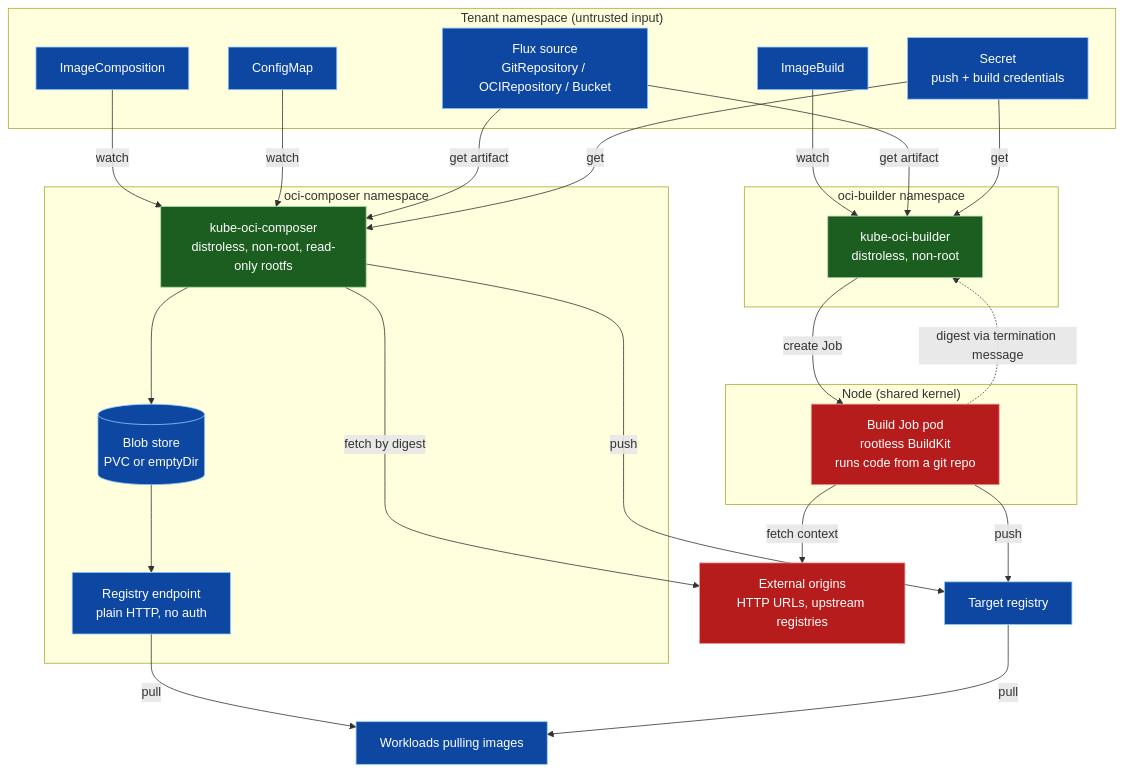
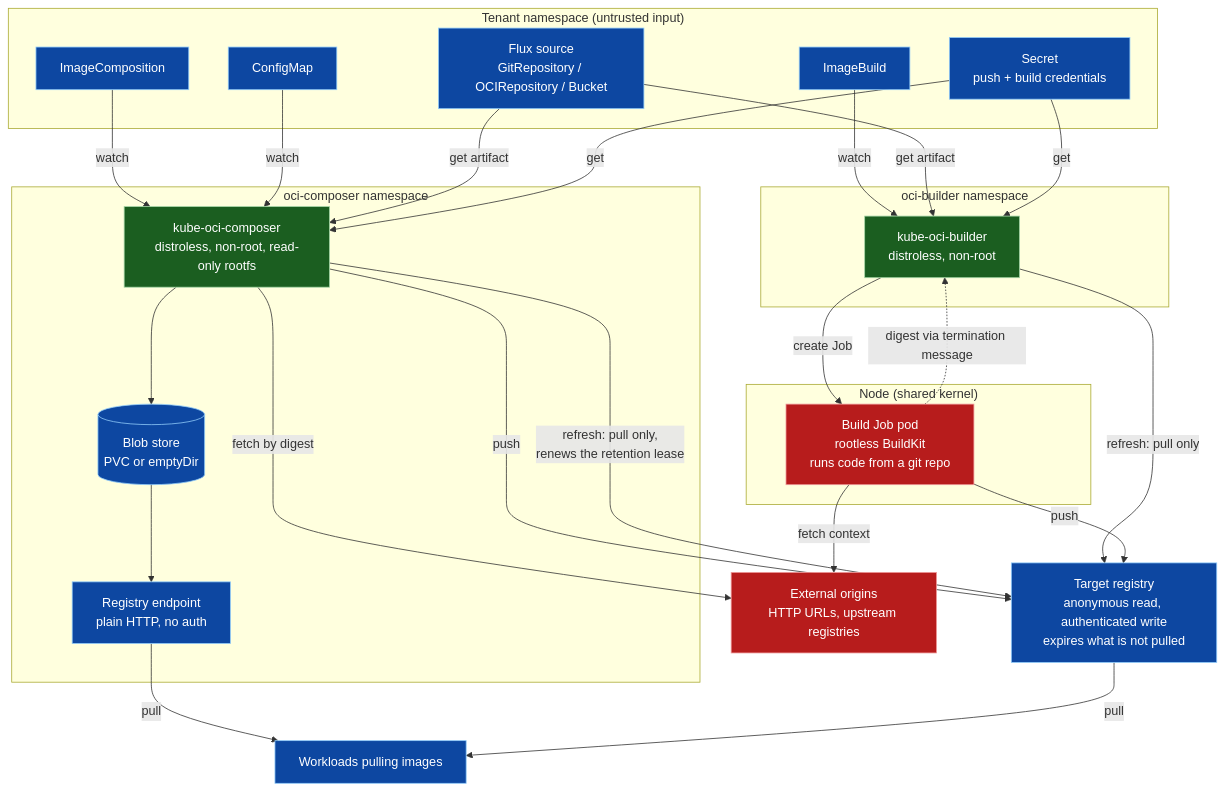
The first of 3 diagrams in docs/threat-model.md (lhns/kube-oci-composer), drawn with Mermaid before and after one commit. The commit also changed other lines of this file and 33 other files, not shown here.

First line of the commit message:
feat: registry-backed retention, and the guarantee that live images are never reclaimed (#40)

````diff
--- a/docs/threat-model.md
+++ b/docs/threat-model.md
@@ -17,54 +17,56 @@
 ```mermaid
 graph TB
     subgraph tenant["Tenant namespace (untrusted input)"]
         IC["ImageComposition"]
         DB["ImageBuild"]
         CM["ConfigMap"]
         SEC["Secret<br/>push + build credentials"]
         SRC["Flux source<br/>GitRepository / OCIRepository / Bucket"]
     end
 
     subgraph composerNS["oci-composer namespace"]
         COMP["kube-oci-composer<br/>distroless, non-root, read-only rootfs"]
         STORE[("Blob store<br/>PVC or emptyDir")]
         SERVE["Registry endpoint<br/>plain HTTP, no auth"]
     end
 
     subgraph builderNS["oci-builder namespace"]
         BUILD["kube-oci-builder<br/>distroless, non-root"]
     end
 
     subgraph node["Node (shared kernel)"]
         JOB["Build Job pod<br/>rootless BuildKit<br/>runs code from a git repo"]
     end
 
     EXT["External origins<br/>HTTP URLs, upstream registries"]
-    REG["Target registry"]
+    REG["Target registry<br/>anonymous read, authenticated write<br/>expires what is not pulled"]
     CONSUMER["Workloads pulling images"]
 
     IC -->|watch| COMP
     CM -->|watch| COMP
     SRC -->|get artifact| COMP
     SEC -->|get| COMP
     COMP -->|fetch by digest| EXT
     COMP --> STORE
     STORE --> SERVE
     COMP -->|push| REG
+    COMP -->|"refresh: pull only,<br/>renews the retention lease"| REG
     SERVE -->|pull| CONSUMER
     REG -->|pull| CONSUMER
 
     DB -->|watch| BUILD
     SRC -->|get artifact| BUILD
     SEC -->|get| BUILD
+    BUILD -->|"refresh: pull only"| REG
     BUILD -->|create Job| JOB
     JOB -->|fetch context| EXT
     JOB -->|push| REG
     JOB -.->|digest via termination message| BUILD
 
     classDef trusted fill:#1b5e20,stroke:#a5d6a7,color:#ffffff
     classDef hostile fill:#b71c1c,stroke:#ef9a9a,color:#ffffff
     classDef neutral fill:#0d47a1,stroke:#90caf9,color:#ffffff
     class COMP,BUILD trusted
     class JOB,EXT hostile
     class IC,DB,CM,SEC,SRC,STORE,SERVE,REG,CONSUMER neutral
 ```
````
